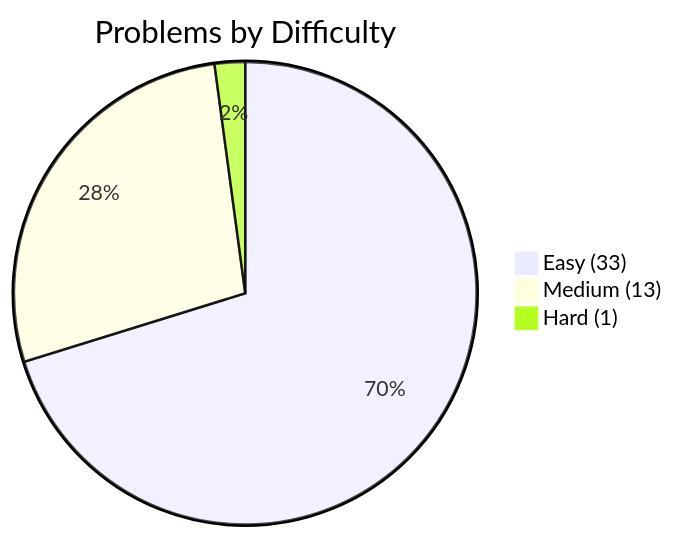
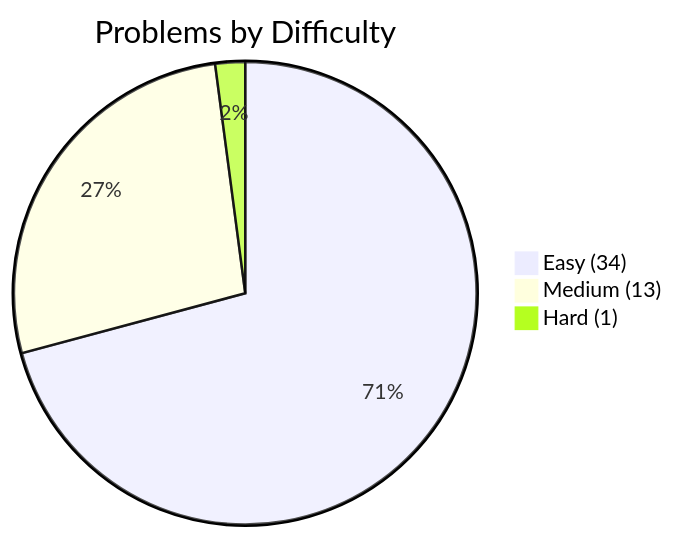
One commit to kanishk-procoder/leetcode-grind changed the first of 2 diagrams in PROGRESS.md. Above: the diagram before and after it, drawn with Mermaid. The commit also changed other lines of this file and 4 other files, not shown here.

````diff
--- a/PROGRESS.md
+++ b/PROGRESS.md
@@ -5,6 +5,6 @@
 ```mermaid
 pie title Problems by Difficulty
-    "Easy (33)" : 33
+    "Easy (34)" : 34
     "Medium (13)" : 13
     "Hard (1)" : 1
 ```
````
